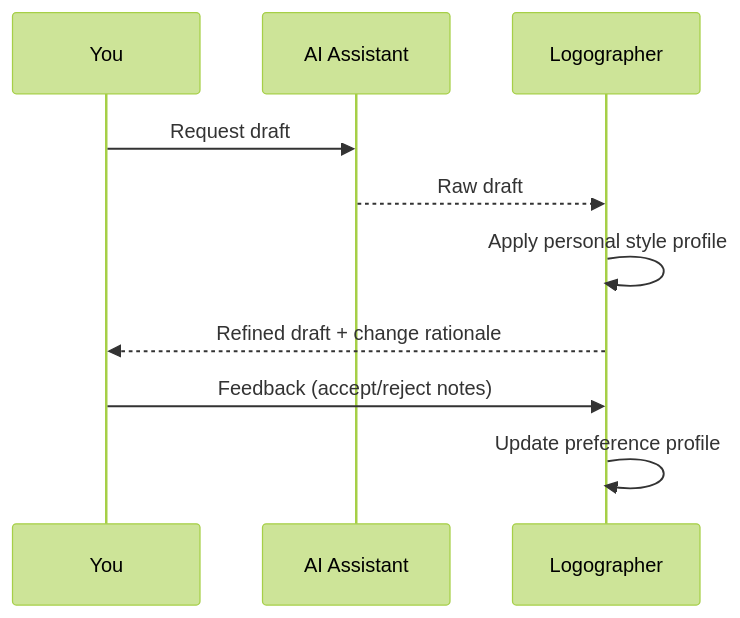
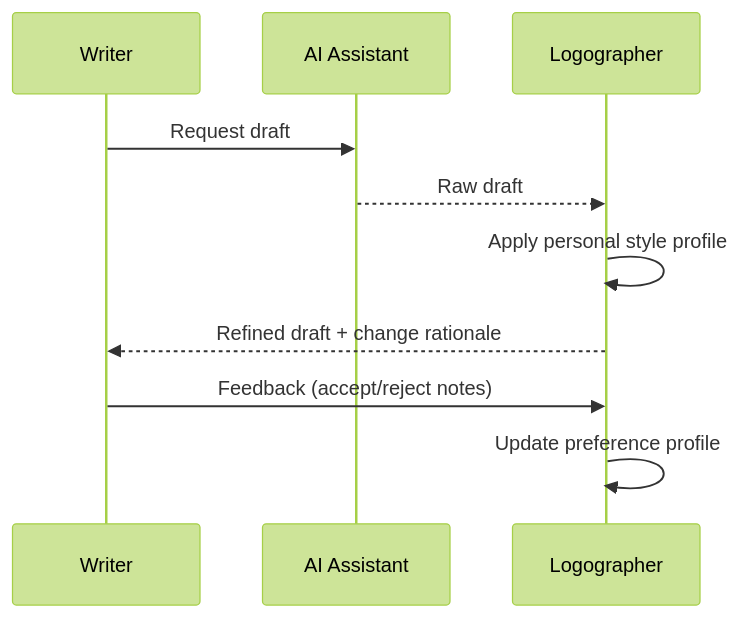
Before and after one commit to aduyinuo/yinuo-d-is-an-open-book: the diagram in content/tools/logographer-concept-mockup.md, drawn with Mermaid (forest theme). The commit also changed other lines of this file and 49 other files, not shown here.

````diff
--- a/content/tools/logographer-concept-mockup.md
+++ b/content/tools/logographer-concept-mockup.md
@@ -7,12 +7,12 @@
 ```mermaid
 sequenceDiagram
-    participant U as You
+    participant W as Writer
     participant A as AI Assistant
     participant L as Logographer
-    U->>A: Request draft
+    W->>A: Request draft
     A-->>L: Raw draft
     L->>L: Apply personal style profile
-    L-->>U: Refined draft + change rationale
-    U->>L: Feedback (accept/reject notes)
+    L-->>W: Refined draft + change rationale
+    W->>L: Feedback (accept/reject notes)
     L->>L: Update preference profile
 ```
````
